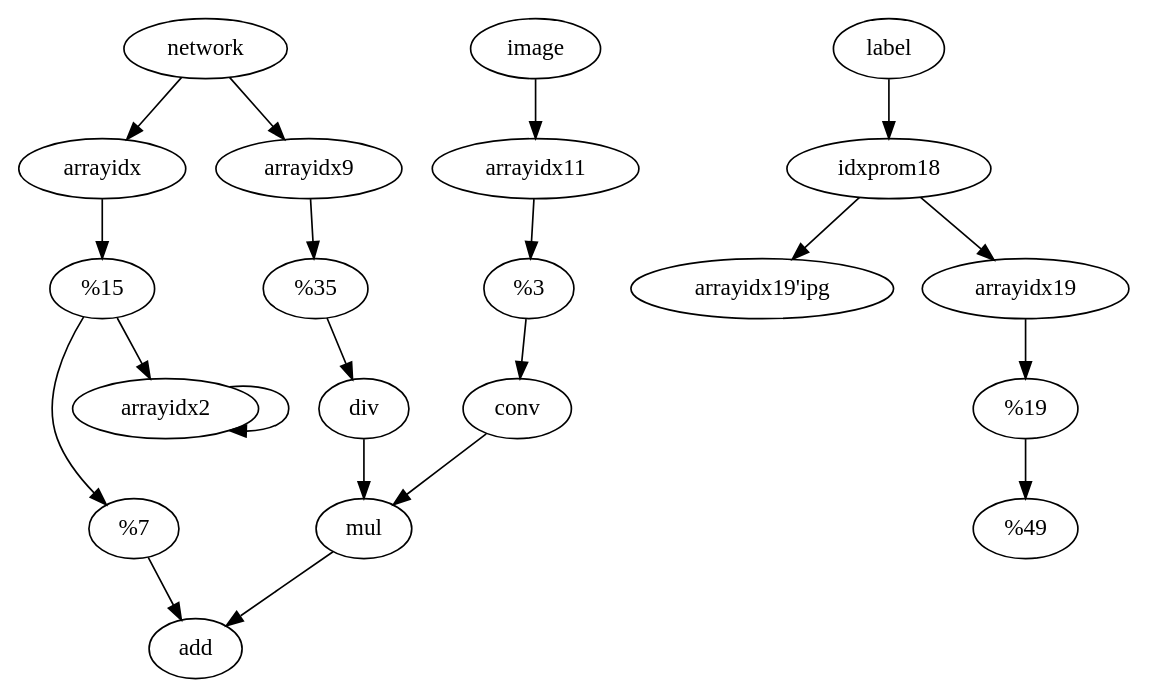
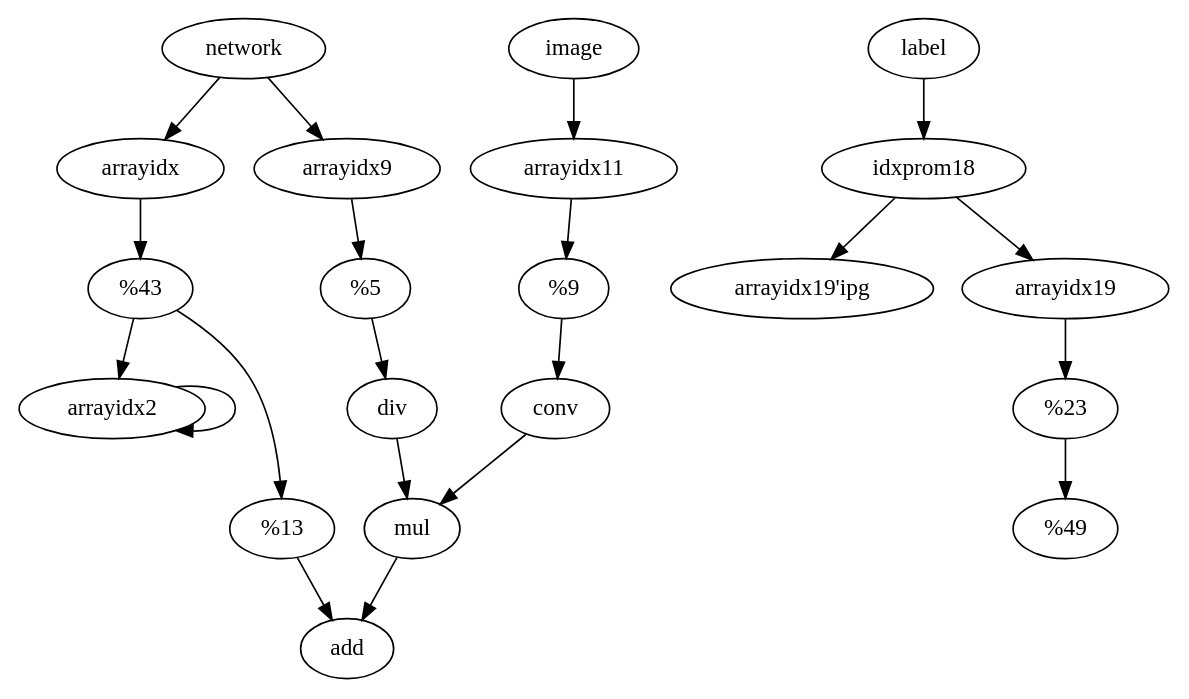
One commit to sfu-arch/Enzyme changed the diagram in enzyme/benchmarks/nn/forward.dot. Above: the diagram before and after it, drawn with Graphviz. The commit also changed other lines of this file and 5 other files, not shown here.

```diff
--- a/enzyme/benchmarks/nn/forward.dot
+++ b/enzyme/benchmarks/nn/forward.dot
@@ -1,22 +1,22 @@
 digraph G {
+		"conv" -> "mul"
+		"%3" -> "div"
 		"%4" -> "conv"
 		"%2" -> "add"
+		"arrayidx9" -> "%3"
 		"idxprom18" -> "arrayidx19'ipg"
 		"idxprom18" -> "arrayidx19"
-		"arrayidx" -> "%1"
 		"arrayidx19" -> "%21"
 		"div" -> "mul"
+		"arrayidx2" -> "arrayidx2"
+		"mul" -> "add"
 		"image" -> "arrayidx11"
+		"network" -> "arrayidx"
 		"network" -> "arrayidx9"
-		"network" -> "arrayidx"
 		"label" -> "idxprom18"
 		"arrayidx11" -> "%4"
-		"arrayidx9" -> "%3"
+		"%1" -> "arrayidx2"
 		"%1" -> "%2"
-		"%1" -> "arrayidx2"
-		"conv" -> "mul"
-		"%3" -> "div"
-		"arrayidx2" -> "arrayidx2"
 		"%21" -> "%22"
-		"mul" -> "add"
+		"arrayidx" -> "%1"
 }
```
